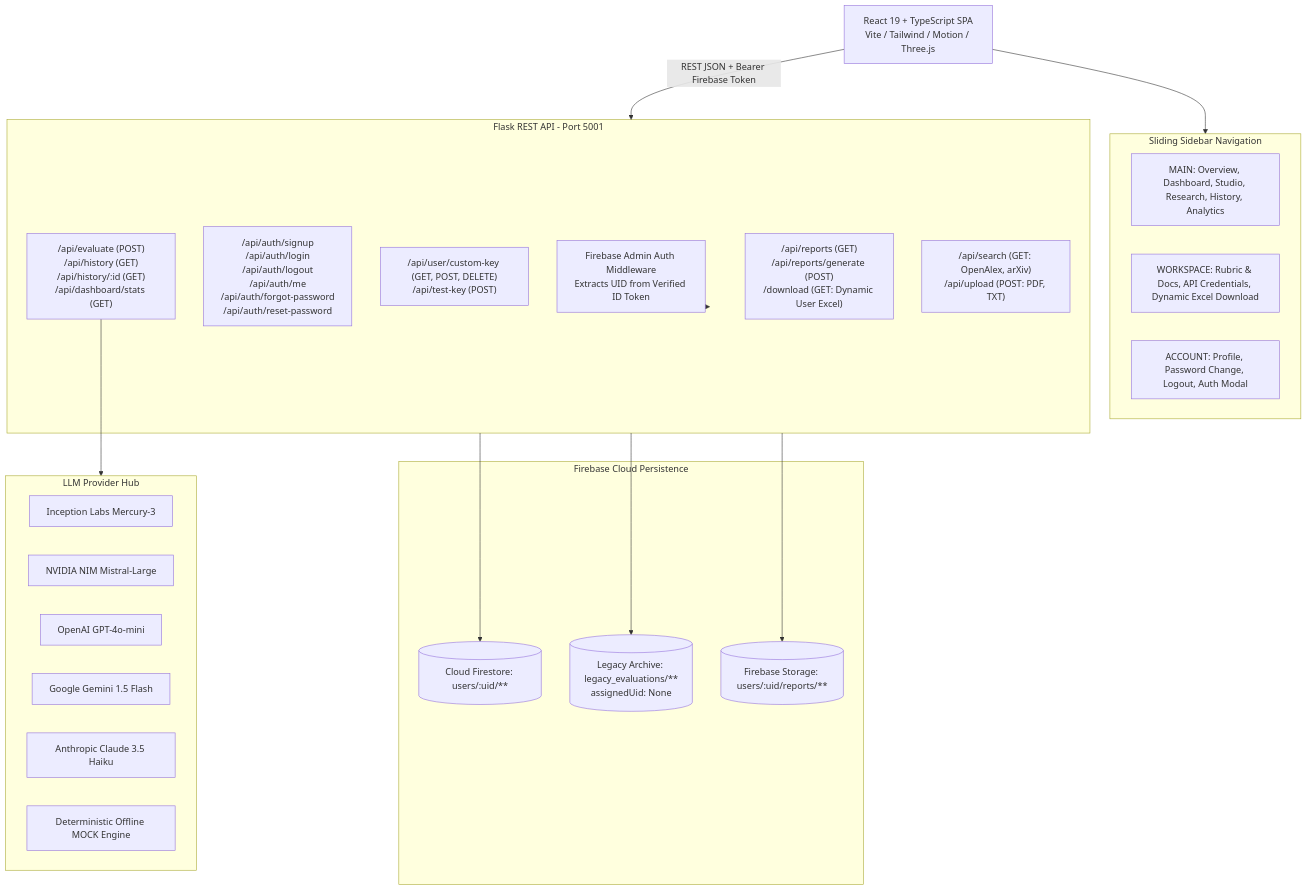
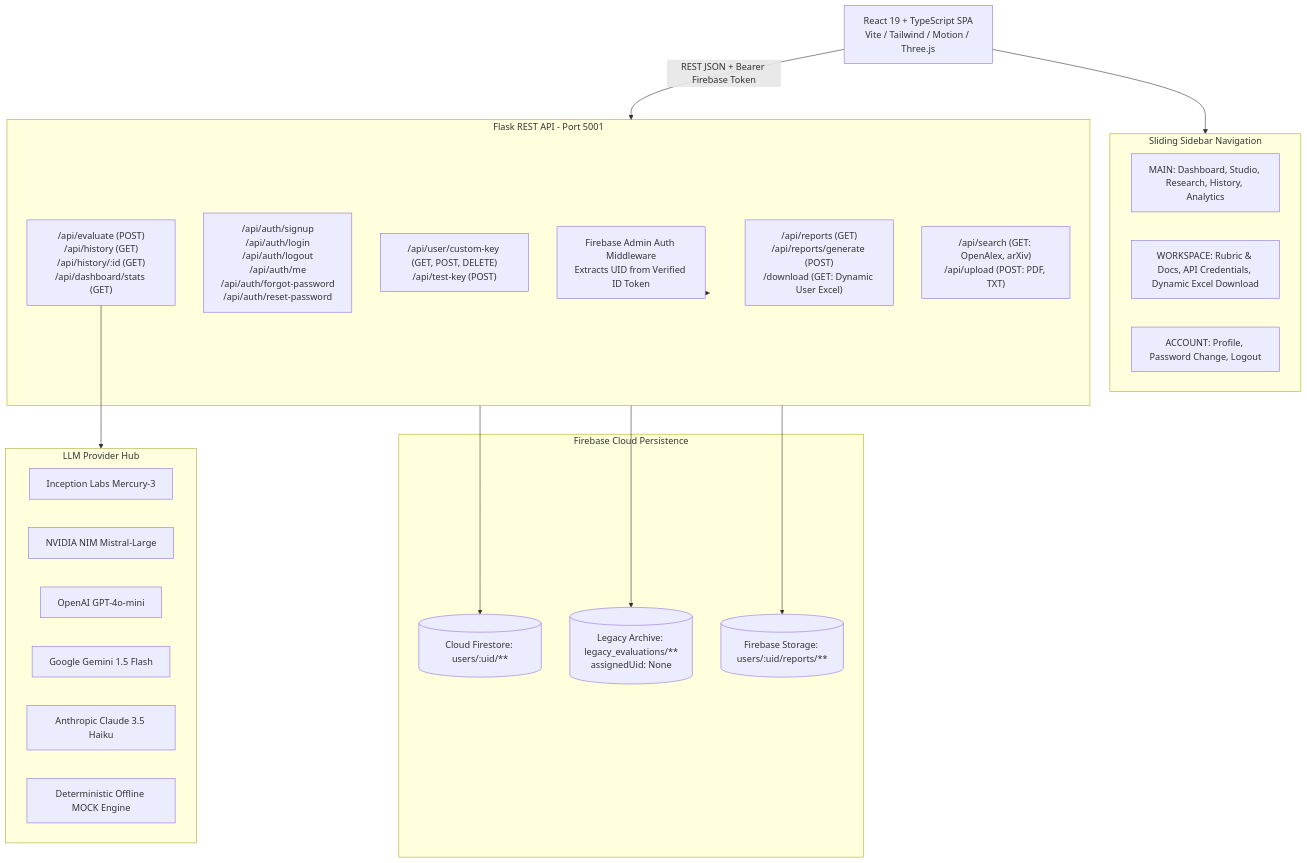
The second of 2 diagrams in README.md (DevGr8/ABSTRIQ), drawn with Mermaid before and after one commit. The commit also changed other lines of this file and 30 other files, not shown here.

````diff
--- a/README.md
+++ b/README.md
@@ -58,46 +61,46 @@
 ```mermaid
 flowchart TD
     Client["React 19 + TypeScript SPA<br/>Vite / Tailwind / Motion / Three.js"]
     
     subgraph NavigationLayer["Sliding Sidebar Navigation"]
-        Nav1["MAIN: Overview, Dashboard, Studio, Research, History, Analytics"]
+        Nav1["MAIN: Dashboard, Studio, Research, History, Analytics"]
         Nav2["WORKSPACE: Rubric & Docs, API Credentials, Dynamic Excel Download"]
-        Nav3["ACCOUNT: Profile, Password Change, Logout, Auth Modal"]
+        Nav3["ACCOUNT: Profile, Password Change, Logout"]
     end
     
     Client --> NavigationLayer
     
     subgraph BackendAPI["Flask REST API - Port 5001"]
         AuthMW["Firebase Admin Auth Middleware<br/>Extracts UID from Verified ID Token"]
         
         AuthRoutes["/api/auth/signup<br/>/api/auth/login<br/>/api/auth/logout<br/>/api/auth/me<br/>/api/auth/forgot-password<br/>/api/auth/reset-password"]
         KeyRoutes["/api/user/custom-key (GET, POST, DELETE)<br/>/api/test-key (POST)"]
         EvalRoutes["/api/evaluate (POST)<br/>/api/history (GET)<br/>/api/history/:id (GET)<br/>/api/dashboard/stats (GET)"]
         ReportRoutes["/api/reports (GET)<br/>/api/reports/generate (POST)<br/>/download (GET: Dynamic User Excel)"]
         LitRoutes["/api/search (GET: OpenAlex, arXiv)<br/>/api/upload (POST: PDF, TXT)"]
     end
     
     Client -->|REST JSON + Bearer Firebase Token| BackendAPI
     BackendAPI --> AuthMW
     
     subgraph FirebasePersistence["Firebase Cloud Persistence"]
         Firestore[("Cloud Firestore: users/:uid/**")]
         LegacyStore[("Legacy Archive: legacy_evaluations/**<br/>assignedUid: None")]
         FBStorage[("Firebase Storage: users/:uid/reports/**")]
     end
     
     BackendAPI --> Firestore
     BackendAPI --> LegacyStore
     BackendAPI --> FBStorage
     
     subgraph InferenceEngines["LLM Provider Hub"]
         LLM1["Inception Labs Mercury-3"]
         LLM2["NVIDIA NIM Mistral-Large"]
         LLM3["OpenAI GPT-4o-mini"]
         LLM4["Google Gemini 1.5 Flash"]
         LLM5["Anthropic Claude 3.5 Haiku"]
         LLM6["Deterministic Offline MOCK Engine"]
     end
     
     EvalRoutes --> InferenceEngines
 ```
````
